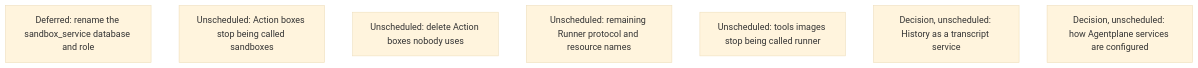
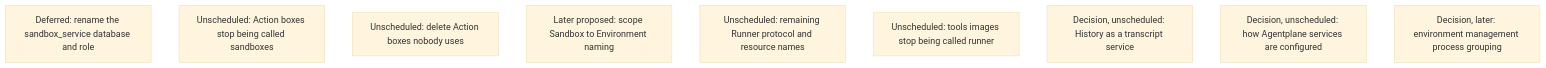
The tenth of 18 diagrams in agentplane/plans/task_dag.md (agentydragon/ducktape), drawn with Mermaid (base theme) before and after one commit. The commit also changed other lines of this file and 1 other file, not shown here.

First line of the commit message:
Plan systemd cleanup dispatch and defer process consolidation for review (#13457)

````diff
--- a/agentplane/plans/task_dag.md
+++ b/agentplane/plans/task_dag.md
@@ -1909,10 +1936,12 @@
 ```mermaid
 flowchart TD
     HISTORY_DATABASE_RENAME[Deferred: rename the sandbox_service database and role]
     ACTION_BOX_RENAME[Unscheduled: Action boxes stop being called sandboxes]
     ACTION_BOX_IDLE_REAPER[Unscheduled: delete Action boxes nobody uses]
+    SANDBOX_ENVIRONMENT_RENAME_DESIGN[Later proposed: scope Sandbox to Environment naming]
     RUNNER_RENAME[Unscheduled: remaining Runner protocol and resource names]
     RUNNER_IMAGES_RENAME[Unscheduled: tools images stop being called runner]
     HISTORY_SERVICE_RENAME[Decision, unscheduled: History as a transcript service]
     SERVICE_SETTINGS_RETHINK[Decision, unscheduled: how Agentplane services are configured]
+    ENV_MANAGEMENT_PROCESS_CONSOLIDATION_DESIGN[Decision, later: environment management process grouping]
 ```
````
